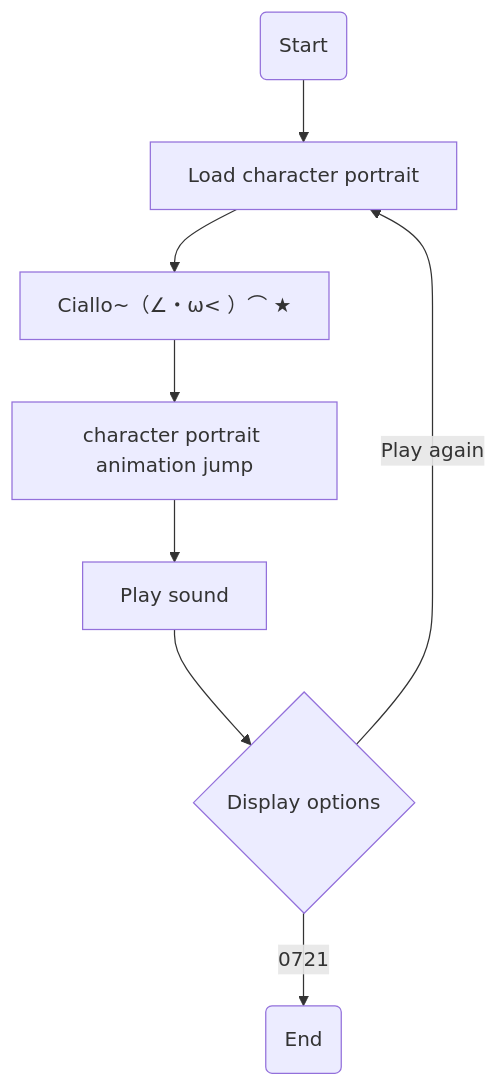
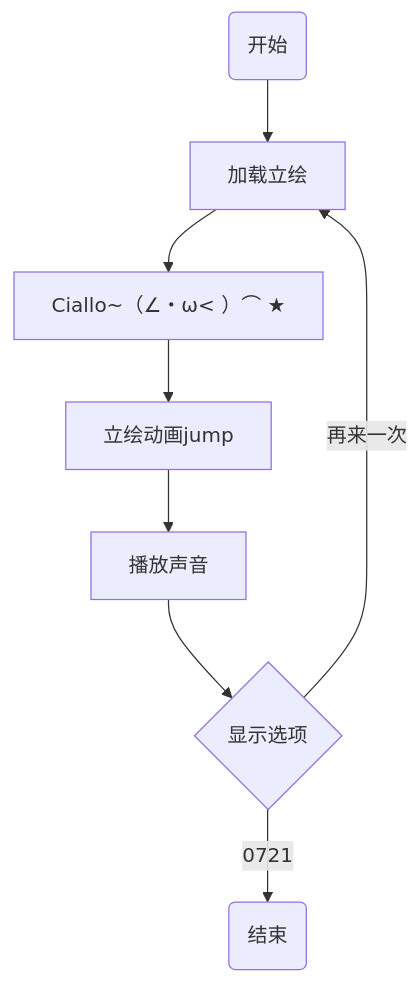
The fourth of 4 diagrams in en/feature/archive/202507/0/content.md (CR-019/datapack-index), drawn with Mermaid before and after one commit. The commit also changed other lines of this file and 285 other files, not shown here.

````diff
--- a/en/feature/archive/202507/0/content.md
+++ b/en/feature/archive/202507/0/content.md
@@ -439,12 +468,12 @@
 ```mermaid
 flowchart TD
 
-A(Start) --> B[Load character portrait]
+A(开始) --> B[加载立绘]
 B --> C[Ciallo~（∠・ω< ）⌒ ★]
-C --> D[character portrait animation jump]
-D --> E[Play sound]
-E --> F{Display options}
-F --> |Play again| B
-F --> |0721| G(End)
+C --> D[立绘动画jump]
+D --> E[播放声音]
+E --> F{显示选项}
+F --> |再来一次| B
+F --> |0721| G(结束)
 
 ```
````
